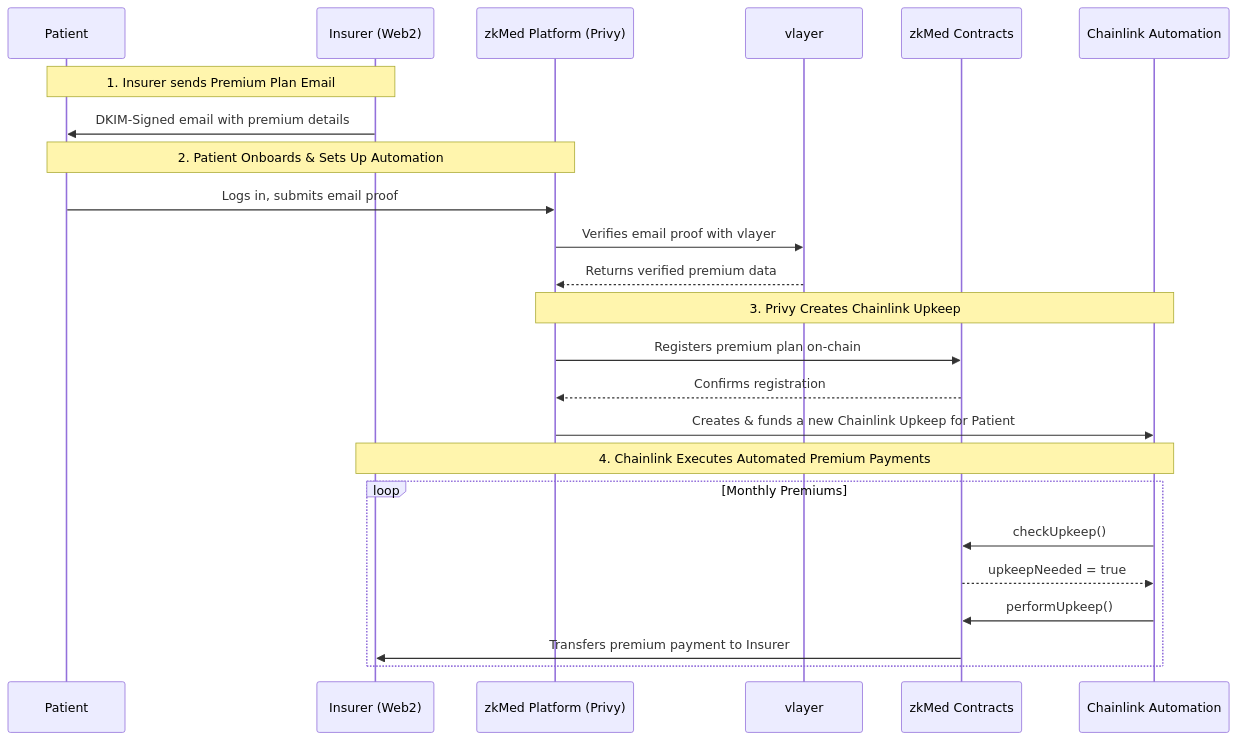
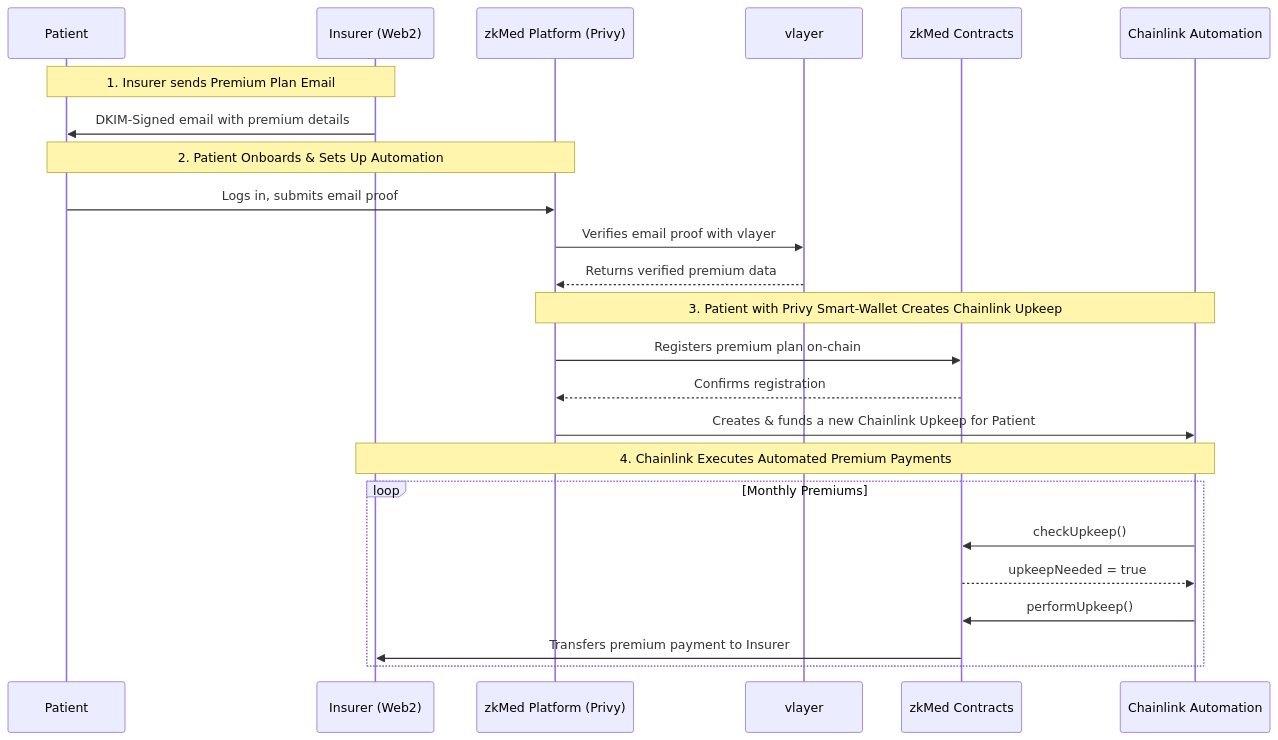
One commit to ppezzull/zkMed changed the second of 6 diagrams in README.md. Above: the diagram before and after it, drawn with Mermaid.

````diff
--- a/README.md
+++ b/README.md
@@ -76,30 +76,30 @@
 ```mermaid
 sequenceDiagram
     participant P as Patient
     participant I as Insurer (Web2)
     participant Privy as zkMed Platform (Privy)
     participant V as vlayer
     participant ZK as zkMed Contracts
     participant C as Chainlink Automation
 
     Note over I,P: 1. Insurer sends Premium Plan Email
     I->>P: DKIM-Signed email with premium details
 
     Note over P,Privy: 2. Patient Onboards & Sets Up Automation
     P->>Privy: Logs in, submits email proof
     Privy->>V: Verifies email proof with vlayer
     V-->>Privy: Returns verified premium data
     
-    Note over Privy,C: 3. Privy Creates Chainlink Upkeep
+    Note over Privy,C: 3. Patient with Privy Smart-Wallet Creates Chainlink Upkeep
     Privy->>ZK: Registers premium plan on-chain
     ZK-->>Privy: Confirms registration
     Privy->>C: Creates & funds a new Chainlink Upkeep for Patient
 
     Note over C,I: 4. Chainlink Executes Automated Premium Payments
     loop Monthly Premiums
         C->>ZK: checkUpkeep()
         ZK-->>C: upkeepNeeded = true
         C->>ZK: performUpkeep()
         ZK->>I: Transfers premium payment to Insurer
     end
 ```
````
